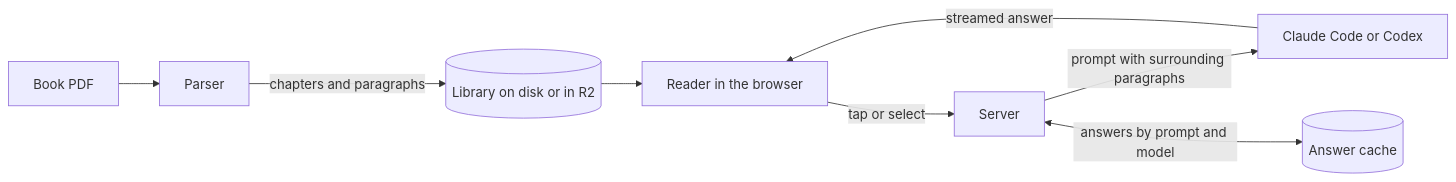
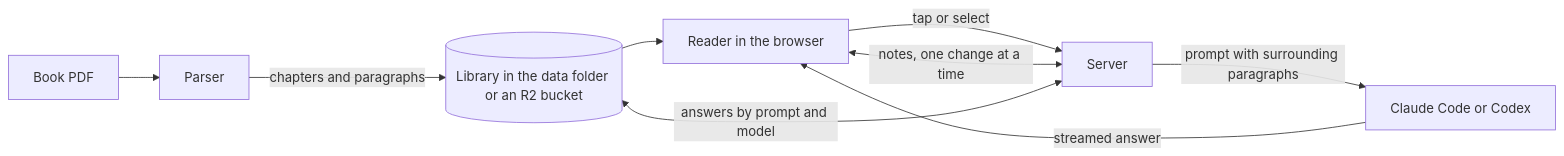
Before and after one commit to mrx-arafat/DeepRead: the diagram in README.md, drawn with Mermaid. The commit also changed other lines of this file and 4 other files, not shown here.

First line of the commit message:
docs: describe the R2 storage architecture

````diff
--- a/README.md
+++ b/README.md
@@ -407,10 +407,11 @@
 ```mermaid
 flowchart LR
     PDF[Book PDF] --> Parser
-    Parser -->|chapters and paragraphs| Library[(Library on disk or in R2)]
+    Parser -->|chapters and paragraphs| Library[(Library in the data folder or an R2 bucket)]
     Library --> Reader[Reader in the browser]
     Reader -->|tap or select| Server
     Server -->|prompt with surrounding paragraphs| AI[Claude Code or Codex]
     AI -->|streamed answer| Reader
-    Server <-->|answers by prompt and model| Cache[(Answer cache)]
+    Server <-->|answers by prompt and model| Library
+    Reader <-->|notes, one change at a time| Server
 ```
````
